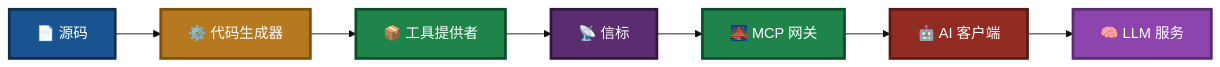
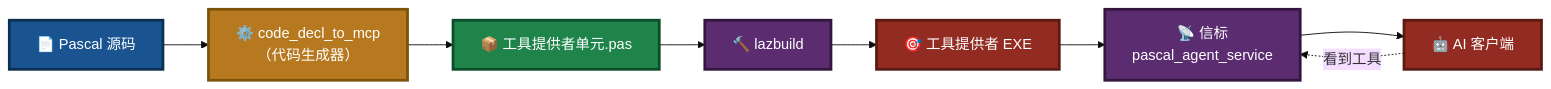
The first of 9 diagrams in readme.md (PassByYou888/LingoFuse-pasAgent), drawn with Mermaid (base theme) before and after one commit. The commit also changed other lines of this file and 33 other files, not shown here.

````diff
--- a/readme.md
+++ b/readme.md
@@ -35,17 +35,19 @@
 ```mermaid
 flowchart LR
-    A["📄 源码"] --> B["⚙️ 代码生成器"]
-    B --> C["📦 工具提供者"]
-    C --> D["📡 信标"]
-    D --> E["🌉 MCP 网关"]
-    E --> F["🤖 AI 客户端"]
-    F --> G["🧠 LLM 服务"]
+    A["📄 Pascal 源码"] --> B["⚙️ code_decl_to_mcp<br/>（代码生成器）"]
+    B --> C["📦 工具提供者单元.pas"]
+    C --> D["🔨 lazbuild"]
+    D --> E["🎯 工具提供者 EXE"]
+
+    E --> F["📡 信标<br/>pascal_agent_service"]
+    F --> G["🤖 AI 客户端"]
+    G -.->|"看到工具"| F
 
     style A fill:#1A5490,stroke:#0D2F52,stroke-width:3px,color:#FFFFFF
     style B fill:#B7791F,stroke:#7E5109,stroke-width:3px,color:#FFFFFF
     style C fill:#1E8449,stroke:#0E4D2A,stroke-width:3px,color:#FFFFFF
     style D fill:#5B2C6F,stroke:#321640,stroke-width:3px,color:#FFFFFF
-    style E fill:#1E8449,stroke:#0E4D2A,stroke-width:3px,color:#FFFFFF
-    style F fill:#922B21,stroke:#5A1A14,stroke-width:3px,color:#FFFFFF
-    style G fill:#8E44AD,stroke:#5B2C6F,stroke-width:3px,color:#FFFFFF
+    style E fill:#922B21,stroke:#5A1A14,stroke-width:3px,color:#FFFFFF
+    style F fill:#5B2C6F,stroke:#321640,stroke-width:3px,color:#FFFFFF
+    style G fill:#922B21,stroke:#5A1A14,stroke-width:3px,color:#FFFFFF
 ```
````
